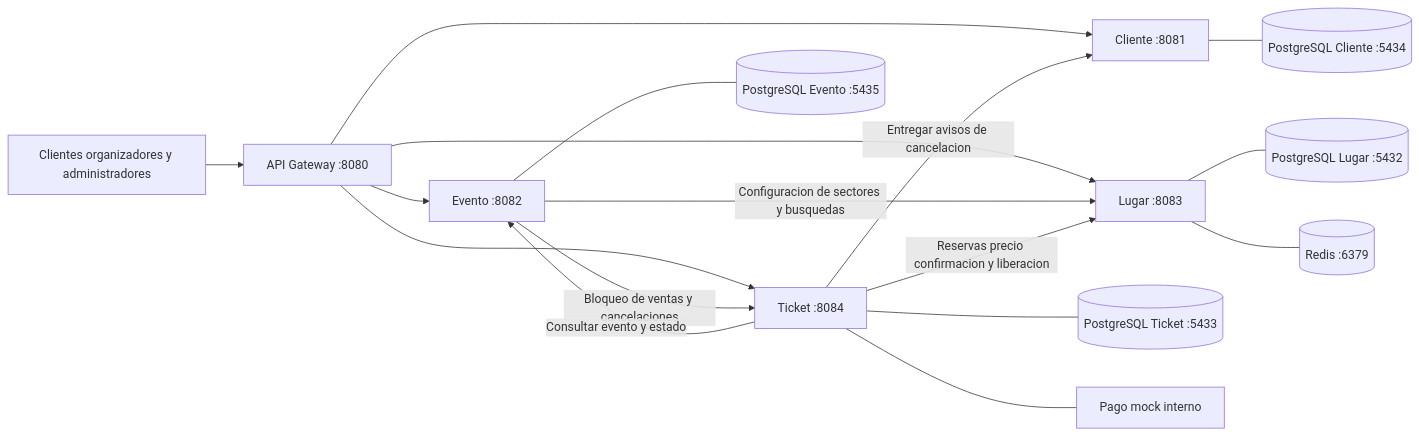
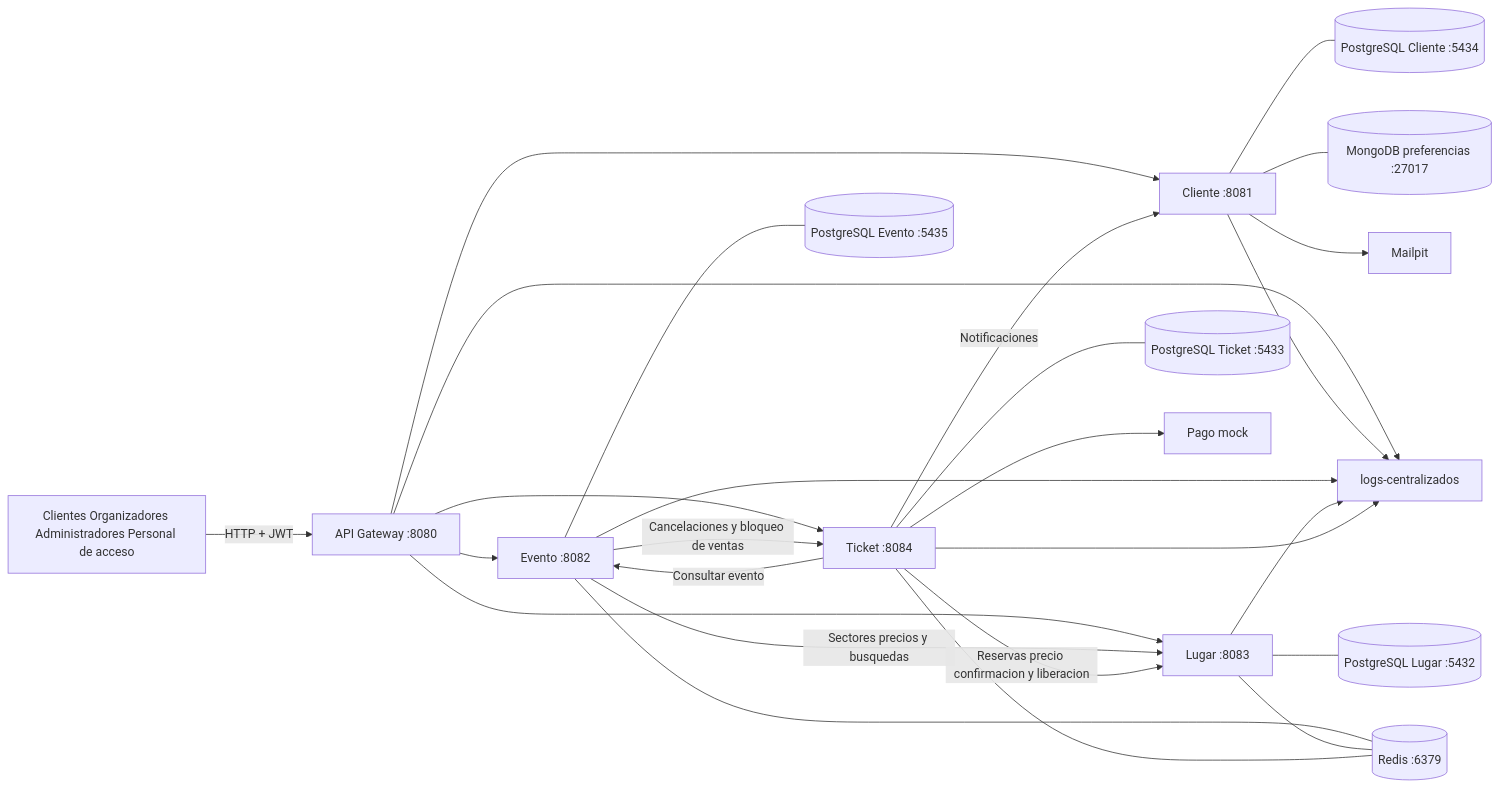
Before and after one commit to Teran-Pedro-Fabian/EntregasArquitecturaWeb: the first of 7 diagrams in README.md, drawn with Mermaid. The commit also changed other lines of this file, not shown here.

````diff
--- a/README.md
+++ b/README.md
@@ -521,22 +687,36 @@
 ```mermaid
 flowchart LR
-    U["Clientes organizadores y administradores"] --> G["API Gateway :8080"]
+    U["Clientes Organizadores Administradores Personal de acceso"] -->|"HTTP + JWT"| G["API Gateway :8080"]
 
     G --> C["Cliente :8081"]
     G --> E["Evento :8082"]
     G --> L["Lugar :8083"]
     G --> T["Ticket :8084"]
 
-    E -->|"Configuracion de sectores y busquedas"| L
-    E -->|"Bloqueo de ventas y cancelaciones"| T
-    T -->|"Consultar evento y estado"| E
+    E -->|"Sectores precios y busquedas"| L
+    E -->|"Cancelaciones y bloqueo de ventas"| T
+
+    T -->|"Consultar evento"| E
     T -->|"Reservas precio confirmacion y liberacion"| L
-    T -->|"Entregar avisos de cancelacion"| C
+    T -->|"Notificaciones"| C
 
     C --- DBC[("PostgreSQL Cliente :5434")]
+    C --- M[("MongoDB preferencias :27017")]
+
     E --- DBE[("PostgreSQL Evento :5435")]
     L --- DBL[("PostgreSQL Lugar :5432")]
     T --- DBT[("PostgreSQL Ticket :5433")]
-    L --- R[("Redis :6379")]
-    T --- P["Pago mock interno"]
+
+    E --- R[("Redis :6379")]
+    L --- R
+    T --- R
+
+    C --> MAIL["Mailpit"]
+    T --> P["Pago mock"]
+
+    G --> LOG["logs-centralizados"]
+    C --> LOG
+    E --> LOG
+    L --> LOG
+    T --> LOG
 ```
````
